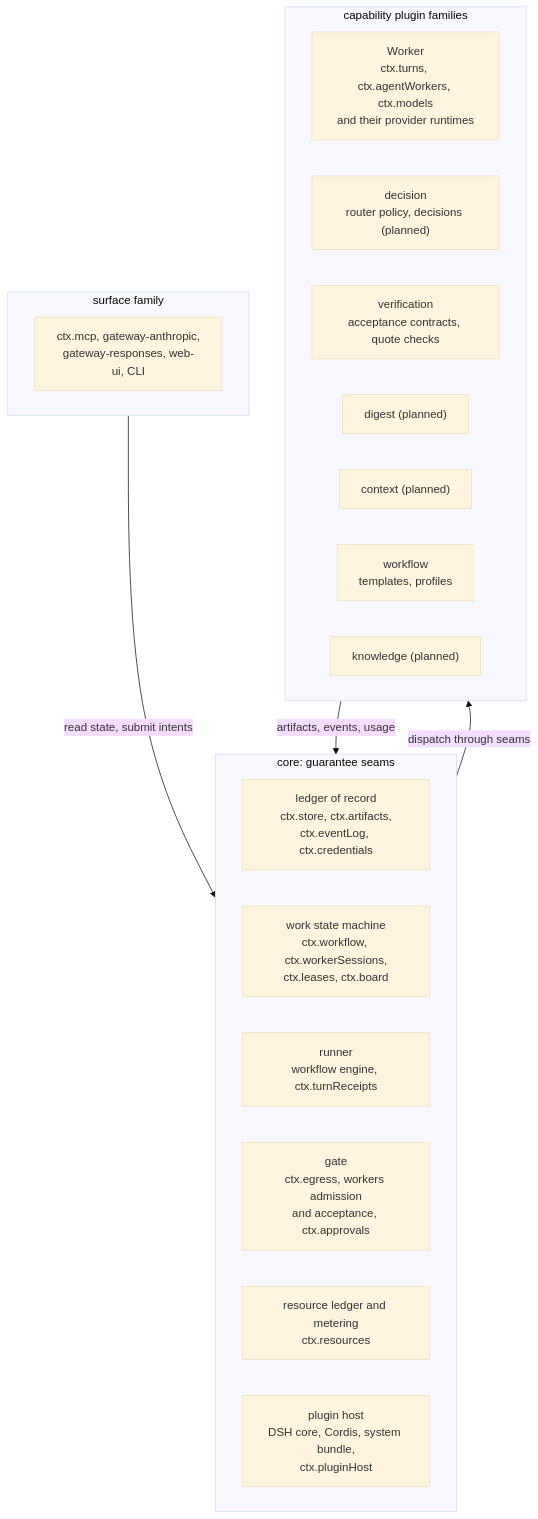
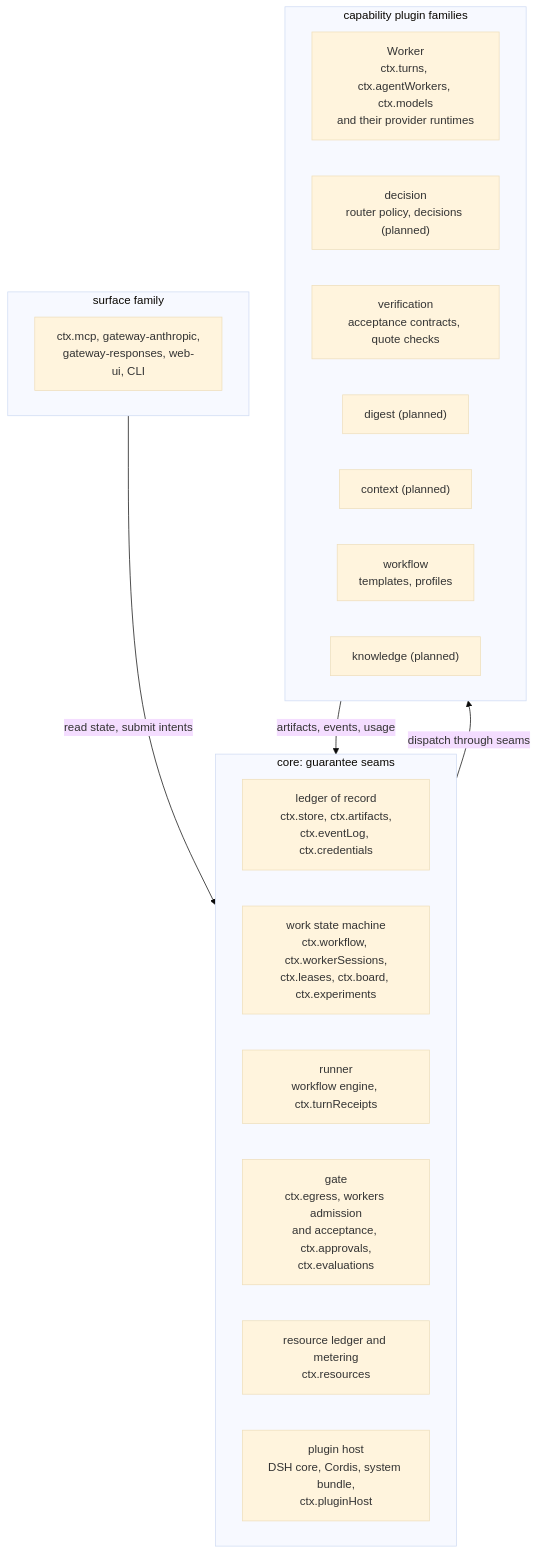
One commit to tsuuanmi/system changed the third of 4 diagrams in docs/architecture/README.md. Above: the diagram before and after it, drawn with Mermaid (base theme). The commit also changed 28 other files, not shown here.

First line of the commit message:
experiments-core, evaluations-core: the feedback loop's seam definitions

````diff
--- a/docs/architecture/README.md
+++ b/docs/architecture/README.md
@@ -155,29 +155,29 @@
 ```mermaid
 flowchart TB
   subgraph SURF["surface family"]
     direction LR
     s1["ctx.mcp, gateway-anthropic,<br/>gateway-responses, web-ui, CLI"]
   end
   subgraph CORE["core: guarantee seams"]
     direction LR
     led["ledger of record<br/>ctx.store, ctx.artifacts,<br/>ctx.eventLog, ctx.credentials"]
-    sm["work state machine<br/>ctx.workflow, ctx.workerSessions,<br/>ctx.leases, ctx.board"]
+    sm["work state machine<br/>ctx.workflow, ctx.workerSessions,<br/>ctx.leases, ctx.board, ctx.experiments"]
     run["runner<br/>workflow engine, ctx.turnReceipts"]
-    gate["gate<br/>ctx.egress, workers admission<br/>and acceptance, ctx.approvals"]
+    gate["gate<br/>ctx.egress, workers admission<br/>and acceptance, ctx.approvals,<br/>ctx.evaluations"]
     res["resource ledger and metering<br/>ctx.resources"]
     host["plugin host<br/>DSH core, Cordis, system bundle,<br/>ctx.pluginHost"]
   end
   subgraph CAPF["capability plugin families"]
     direction LR
     wkr["Worker<br/>ctx.turns, ctx.agentWorkers, ctx.models<br/>and their provider runtimes"]
     dec["decision<br/>router policy, decisions (planned)"]
     ver["verification<br/>acceptance contracts, quote checks"]
     dig["digest (planned)"]
     ctxp["context (planned)"]
     wfl["workflow<br/>templates, profiles"]
     kn["knowledge (planned)"]
   end
   SURF -->|"read state, submit intents"| CORE
   CORE -->|"dispatch through seams"| CAPF
   CAPF -->|"artifacts, events, usage"| CORE
 ```
````
